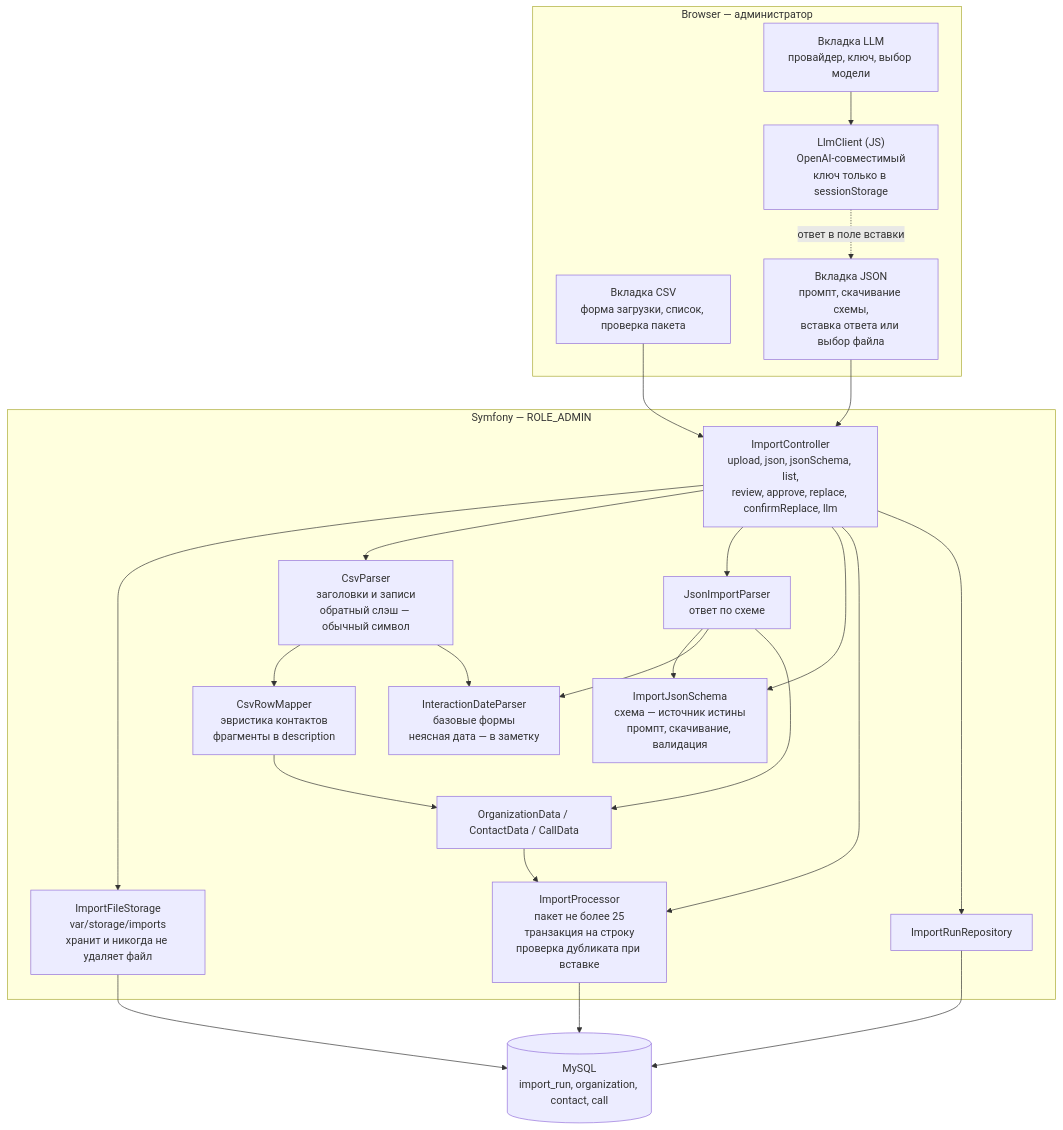
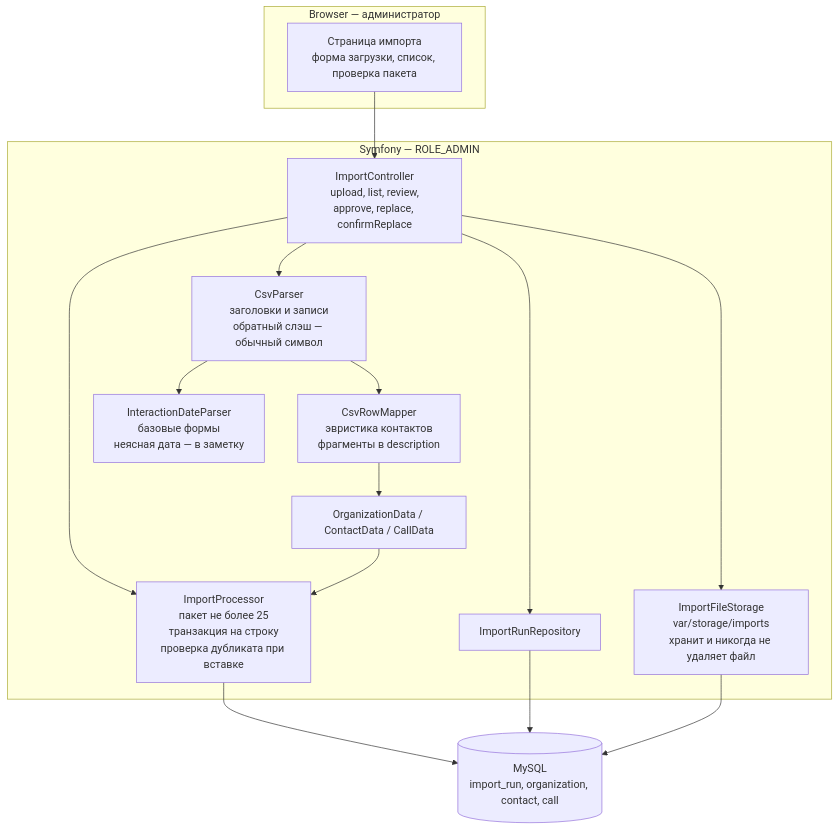
One commit to AliakseiBurak/crm-one changed the first of 3 diagrams in openspec/changes/add-organizations-csv-import/design.md. Above: the diagram before and after it, drawn with Mermaid. The commit also changed other lines of this file and 4 other files, not shown here.

````diff
--- a/openspec/changes/add-organizations-csv-import/design.md
+++ b/openspec/changes/add-organizations-csv-import/design.md
@@ -641,46 +458,33 @@
 ```mermaid
 flowchart TB
   subgraph Browser["Browser — администратор"]
-    CSVTab["Вкладка CSV<br/>форма загрузки, список, проверка пакета"]
-    JSONTab["Вкладка JSON<br/>промпт, скачивание схемы,<br/>вставка ответа или выбор файла"]
-    LLMTab["Вкладка LLM<br/>провайдер, ключ, выбор модели"]
-    LLMJS["LlmClient (JS)<br/>OpenAI-совместимый<br/>ключ только в sessionStorage"]
+    ImportPage["Страница импорта<br/>форма загрузки, список, проверка пакета"]
   end
 
   subgraph App["Symfony — ROLE_ADMIN"]
-    IC["ImportController<br/>upload, json, jsonSchema, list,<br/>review, approve, replace, confirmReplace, llm"]
+    IC["ImportController<br/>upload, list, review,<br/>approve, replace, confirmReplace"]
     ST["ImportFileStorage<br/>var/storage/imports<br/>хранит и никогда не удаляет файл"]
-    SCH["ImportJsonSchema<br/>схема — источник истины<br/>промпт, скачивание, валидация"]
     CP["CsvParser<br/>заголовки и записи<br/>обратный слэш — обычный символ"]
     JM["CsvRowMapper<br/>эвристика контактов<br/>фрагменты в description"]
-    JP["JsonImportParser<br/>ответ по схеме"]
     IDP["InteractionDateParser<br/>базовые формы<br/>неясная дата — в заметку"]
     DTO["OrganizationData / ContactData / CallData"]
     IP["ImportProcessor<br/>пакет не более 25<br/>транзакция на строку<br/>проверка дубликата при вставке"]
     IR["ImportRunRepository"]
   end
 
   DB[(MySQL<br/>import_run, organization, contact, call)]
 
-  CSVTab --> IC
-  JSONTab --> IC
-  LLMTab --> LLMJS
-  LLMJS -. ответ в поле вставки .-> JSONTab
+  ImportPage --> IC
 
   IC --> ST
   IC --> CP
-  IC --> JP
-  IC --> SCH
   IC --> IP
   IC --> IR
-  JP --> SCH
   CP --> JM
   CP --> IDP
-  JP --> IDP
   JM --> DTO
-  JP --> DTO
   DTO --> IP
   IP --> DB
   IR --> DB
   ST --> DB
 ```
````
